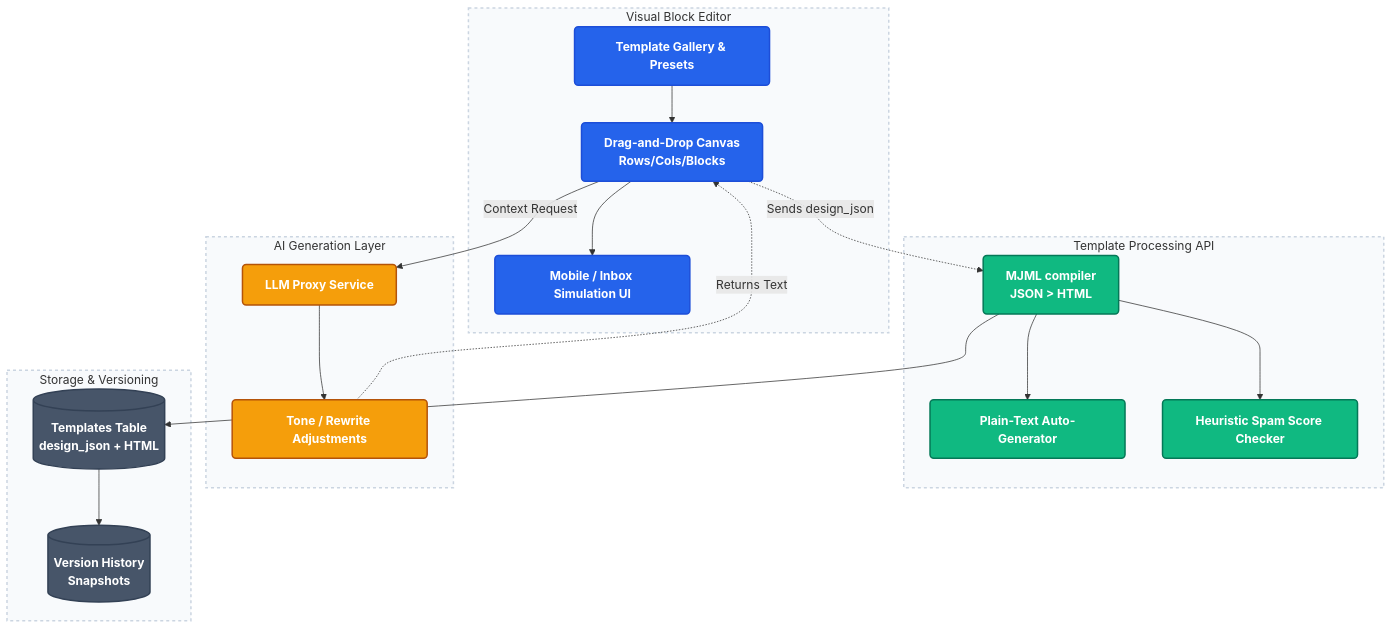
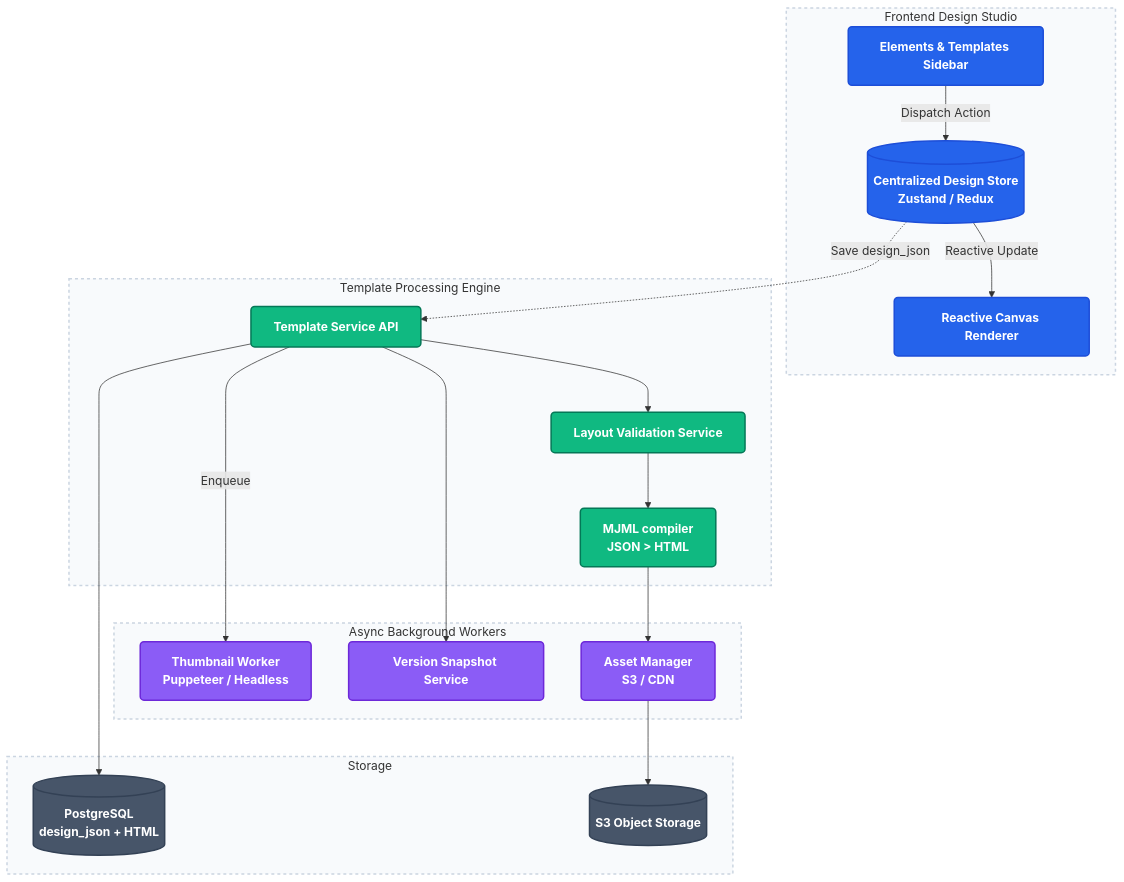
Before and after one commit to Rahul-pamula/Sh_R_Mail: the sixth of 23 diagrams in docs/plan/phase_wise_plan.md, drawn with Mermaid. The commit also changed other lines of this file, not shown here.

````diff
--- a/docs/plan/phase_wise_plan.md
+++ b/docs/plan/phase_wise_plan.md
@@ -896,59 +896,61 @@
 ```mermaid
 graph TD
     classDef frontend fill:#2563eb,stroke:#1d4ed8,stroke-width:2px,color:#fff,font-weight:bold,rx:5px,ry:5px;
     classDef engine fill:#10b981,stroke:#047857,stroke-width:2px,color:#fff,font-weight:bold,rx:5px,ry:5px;
-    classDef ai fill:#f59e0b,stroke:#b45309,stroke-width:2px,color:#fff,font-weight:bold,rx:5px,ry:5px;
+    classDef worker fill:#8b5cf6,stroke:#6d28d9,stroke-width:2px,color:#fff,font-weight:bold,rx:5px,ry:5px;
     classDef database fill:#475569,stroke:#334155,stroke-width:2px,color:#fff,font-weight:bold,rx:5px,ry:5px;
 
-    subgraph TemplateBuilder [Visual Block Editor]
-        Grid[Template Gallery & Presets]
-        Canvas[Drag-and-Drop Canvas <br> Rows/Cols/Blocks]
-        Preview[Mobile / Inbox Simulation UI]
+    subgraph DesignStudio [Frontend Design Studio]
+        Sidebar[Elements & Templates Sidebar]
+        Store[(Centralized Design Store <br> Zustand / Redux)]
+        Canvas[Reactive Canvas Renderer]
         
-        Grid --> Canvas
-        Canvas --> Preview
-        class Grid frontend;
+        Sidebar --> |"Dispatch Action"| Store
+        Store --> |"Reactive Update"| Canvas
+        class Sidebar frontend;
+        class Store frontend;
         class Canvas frontend;
-        class Preview frontend;
     end
 
-    subgraph ContentEngine [Template Processing API]
+    subgraph ProcessingLayer [Template Processing Engine]
+        API[Template Service API]
         Compiler[MJML compiler <br> JSON > HTML]
-        Plain[Plain-Text Auto-Generator]
-        Spam[Heuristic Spam Score Checker]
+        Validator[Layout Validation Service]
         
-        Canvas -.-> |"Sends design_json"| Compiler
-        Compiler --> Plain
-        Compiler --> Spam
+        Store -.-> |"Save design_json"| API
+        API --> Validator
+        Validator --> Compiler
+        class API engine;
         class Compiler engine;
-        class Plain engine;
-        class Spam engine;
+        class Validator engine;
     end
 
-    subgraph AIModule [AI Generation Layer]
-        Prompt[LLM Proxy Service]
-        Tone[Tone / Rewrite Adjustments]
+    subgraph AsyncOperations [Async Background Workers]
+        Thumbnail[Thumbnail Worker <br> Puppeteer / Headless]
+        Versioning[Version Snapshot Service]
+        Assets[Asset Manager <br> S3 / CDN]
         
-        Canvas --> |"Context Request"| Prompt
-        Prompt --> Tone
-        Tone -.-> |"Returns Text"| Canvas
-        class Prompt ai;
-        class Tone ai;
+        API --> |"Enqueue"| Thumbnail
+        API --> Versioning
+        Compiler --> Assets
+        class Thumbnail worker;
+        class Versioning worker;
+        class Assets worker;
     end
 
-    subgraph TemplateData [Storage & Versioning]
-        Templates[(Templates Table <br> design_json + HTML)]
-        Versions[(Version History <br> Snapshots)]
+    subgraph PersistenceLayer [Storage]
+        DB[(PostgreSQL <br> design_json + HTML)]
+        S3Storage[(S3 Object Storage)]
         
-        Compiler --> Templates
-        Templates --> Versions
-        class Templates database;
-        class Versions database;
+        API --> DB
+        Assets --> S3Storage
+        class DB database;
+        class S3Storage database;
     end
 
     classDef dualBox fill:#f8fafc,stroke:#cbd5e1,stroke-width:2px,stroke-dasharray: 4 4;
-    class TemplateBuilder dualBox;
-    class ContentEngine dualBox;
-    class AIModule dualBox;
-    class TemplateData dualBox;
+    class DesignStudio dualBox;
+    class ProcessingLayer dualBox;
+    class AsyncOperations dualBox;
+    class PersistenceLayer dualBox;
 ```
````
